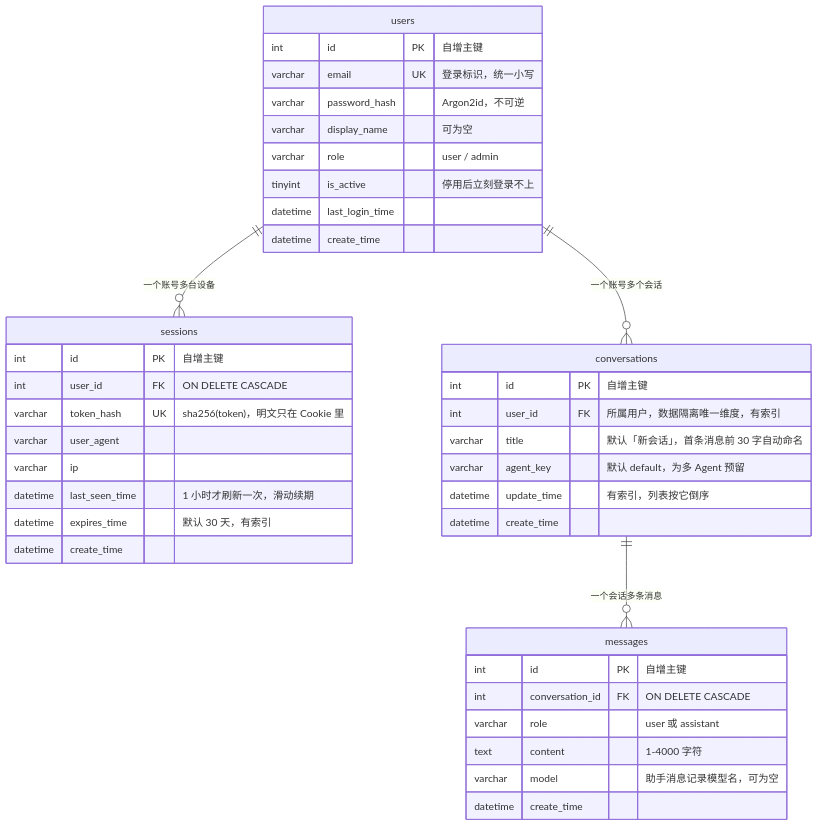
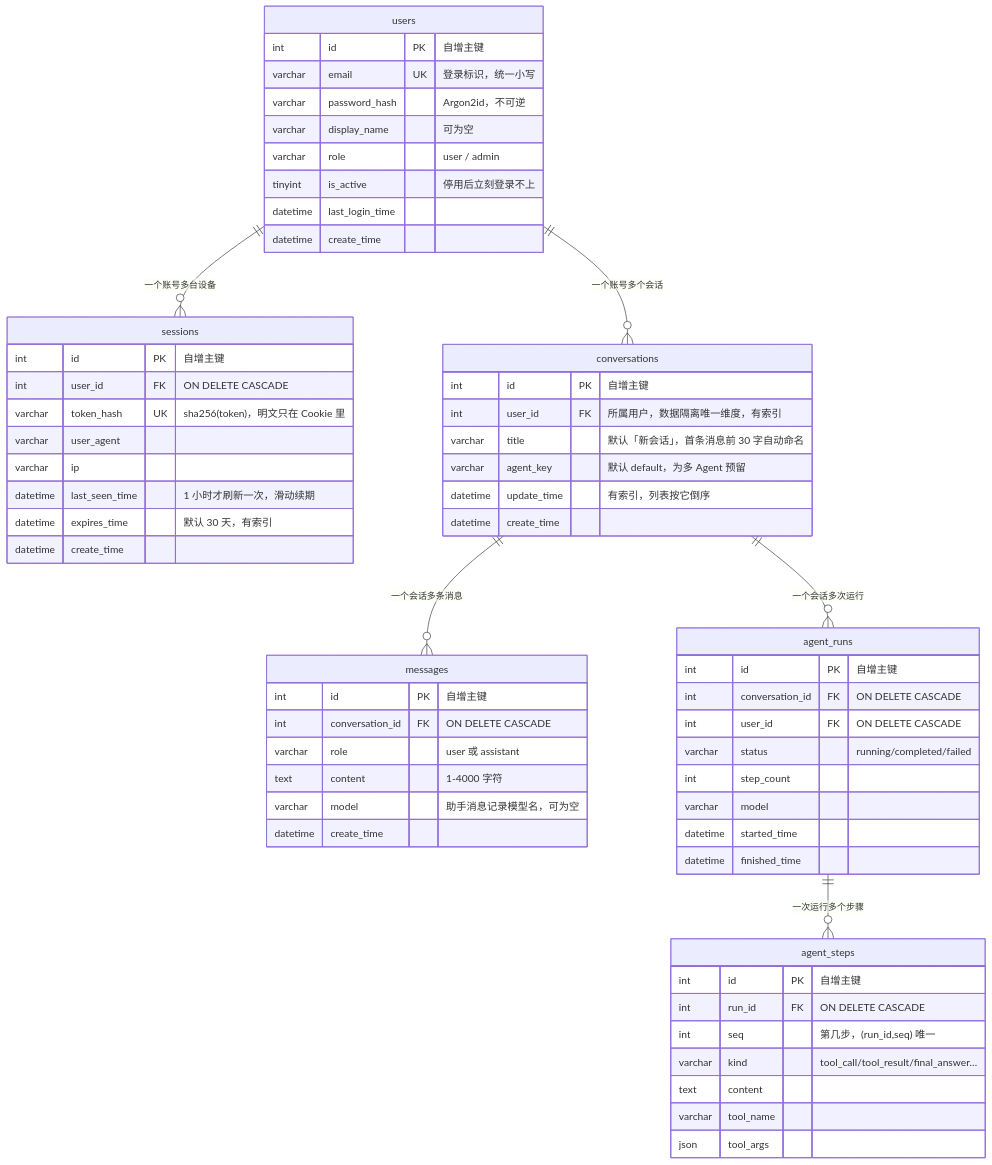
The third of 3 diagrams in docs/how-it-works.md (calix-cui/my-learning), drawn with Mermaid before and after one commit. The commit also changed other lines of this file and 8 other files, not shown here.

````diff
--- a/docs/how-it-works.md
+++ b/docs/how-it-works.md
@@ -127,42 +127,63 @@
 ```mermaid
 erDiagram
     users ||--o{ sessions : "一个账号多台设备"
     users ||--o{ conversations : "一个账号多个会话"
     conversations ||--o{ messages : "一个会话多条消息"
+    conversations ||--o{ agent_runs : "一个会话多次运行"
+    agent_runs ||--o{ agent_steps : "一次运行多个步骤"
     users {
         int id PK "自增主键"
         varchar email UK "登录标识，统一小写"
         varchar password_hash "Argon2id，不可逆"
         varchar display_name "可为空"
         varchar role "user / admin"
         tinyint is_active "停用后立刻登录不上"
         datetime last_login_time
         datetime create_time
     }
     sessions {
         int id PK "自增主键"
         int user_id FK "ON DELETE CASCADE"
         varchar token_hash UK "sha256(token)，明文只在 Cookie 里"
         varchar user_agent
         varchar ip
         datetime last_seen_time "1 小时才刷新一次，滑动续期"
         datetime expires_time "默认 30 天，有索引"
         datetime create_time
     }
     conversations {
         int id PK "自增主键"
         int user_id FK "所属用户，数据隔离唯一维度，有索引"
         varchar title "默认「新会话」，首条消息前 30 字自动命名"
         varchar agent_key "默认 default，为多 Agent 预留"
         datetime update_time "有索引，列表按它倒序"
         datetime create_time
     }
+    agent_runs {
+        int id PK "自增主键"
+        int conversation_id FK "ON DELETE CASCADE"
+        int user_id FK "ON DELETE CASCADE"
+        varchar status "running/completed/failed"
+        int step_count
+        varchar model
+        datetime started_time
+        datetime finished_time
+    }
+    agent_steps {
+        int id PK "自增主键"
+        int run_id FK "ON DELETE CASCADE"
+        int seq "第几步，(run_id,seq) 唯一"
+        varchar kind "tool_call/tool_result/final_answer…"
+        text content
+        varchar tool_name
+        json tool_args
+    }
     messages {
         int id PK "自增主键"
         int conversation_id FK "ON DELETE CASCADE"
         varchar role "user 或 assistant"
         text content "1-4000 字符"
         varchar model "助手消息记录模型名，可为空"
         datetime create_time
     }
 ```
````
